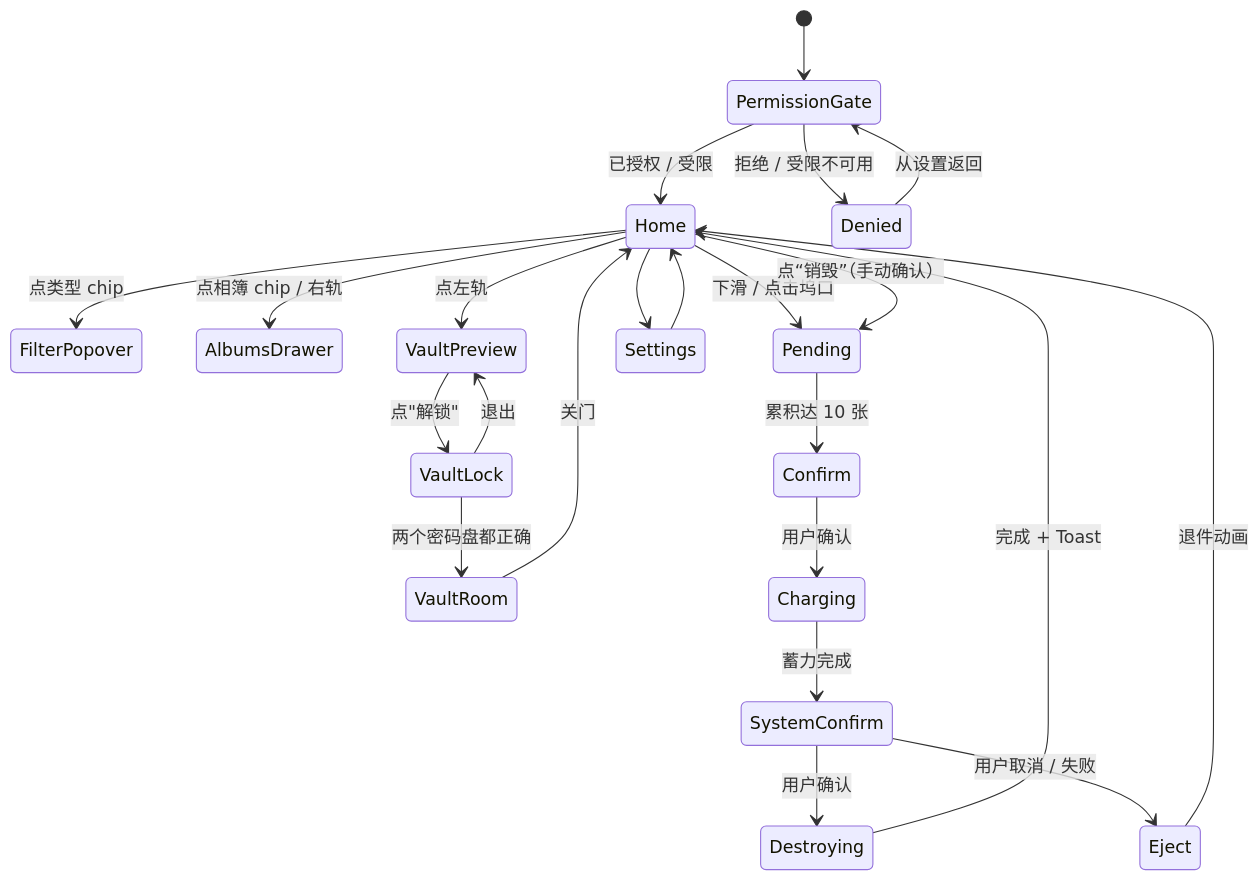
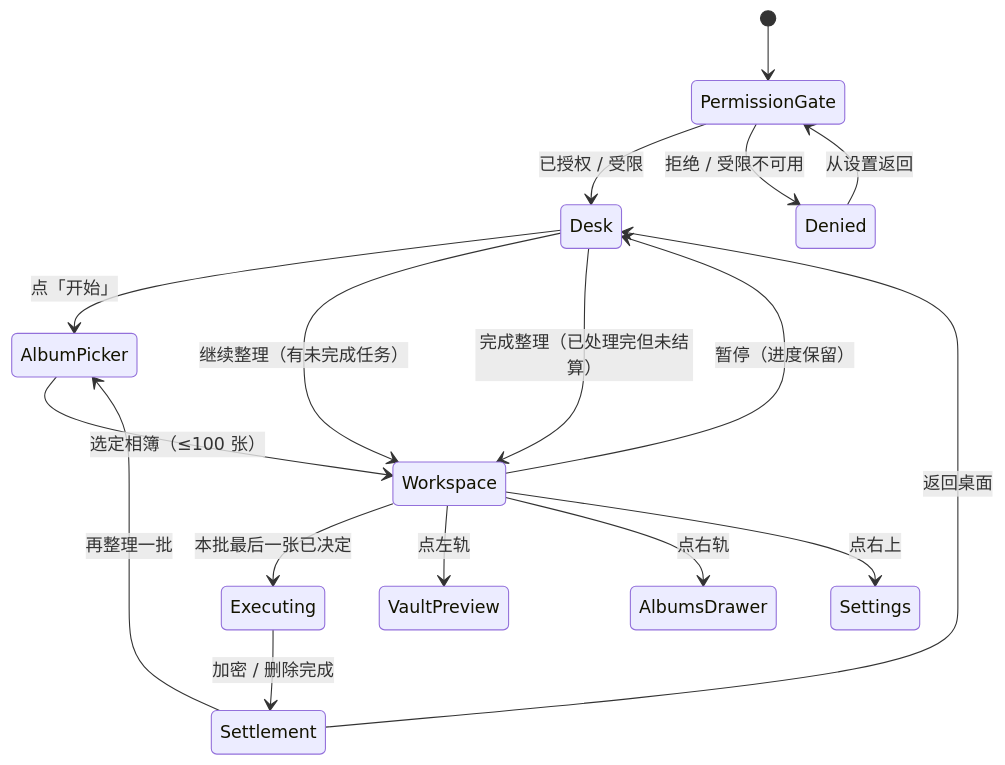
Before and after one commit to CheneyLin/codeSuperPhotos: the diagram in docs/product-plan.md, drawn with Mermaid. The commit also changed other lines of this file and 56 other files, not shown here.

````diff
--- a/docs/product-plan.md
+++ b/docs/product-plan.md
@@ -176,25 +177,19 @@
 ```mermaid
 stateDiagram-v2
     [*] --> PermissionGate
-    PermissionGate --> Home: 已授权 / 受限
+    PermissionGate --> Desk: 已授权 / 受限
     PermissionGate --> Denied: 拒绝 / 受限不可用
     Denied --> PermissionGate: 从设置返回
-    Home --> FilterPopover: 点类型 chip
-    Home --> AlbumsDrawer: 点相簿 chip / 右轨
-    Home --> VaultPreview: 点左轨
-    VaultPreview --> VaultLock: 点"解锁"
-    VaultLock --> VaultRoom: 两个密码盘都正确
-    VaultLock --> VaultPreview: 退出
-    VaultRoom --> Home: 关门
-    Home --> Pending: 下滑 / 点击坞口
-    Pending --> Confirm: 累积达 10 张
-    Confirm --> Charging: 用户确认
-    Home --> Pending: 点“销毁”（手动确认）
-    Charging --> SystemConfirm: 蓄力完成
-    SystemConfirm --> Destroying: 用户确认
-    SystemConfirm --> Eject: 用户取消 / 失败
-    Destroying --> Home: 完成 + Toast
-    Eject --> Home: 退件动画
-    Home --> Settings
-    Settings --> Home
+    Desk --> AlbumPicker: 点「开始」
+    AlbumPicker --> Workspace: 选定相簿（≤100 张）
+    Desk --> Workspace: 继续整理（有未完成任务）
+    Workspace --> Desk: 暂停（进度保留）
+    Desk --> Workspace: 完成整理（已处理完但未结算）
+    Workspace --> Executing: 本批最后一张已决定
+    Executing --> Settlement: 加密 / 删除完成
+    Settlement --> AlbumPicker: 再整理一批
+    Settlement --> Desk: 返回桌面
+    Workspace --> VaultPreview: 点左轨
+    Workspace --> AlbumsDrawer: 点右轨
+    Workspace --> Settings: 点右上
 ```
````
